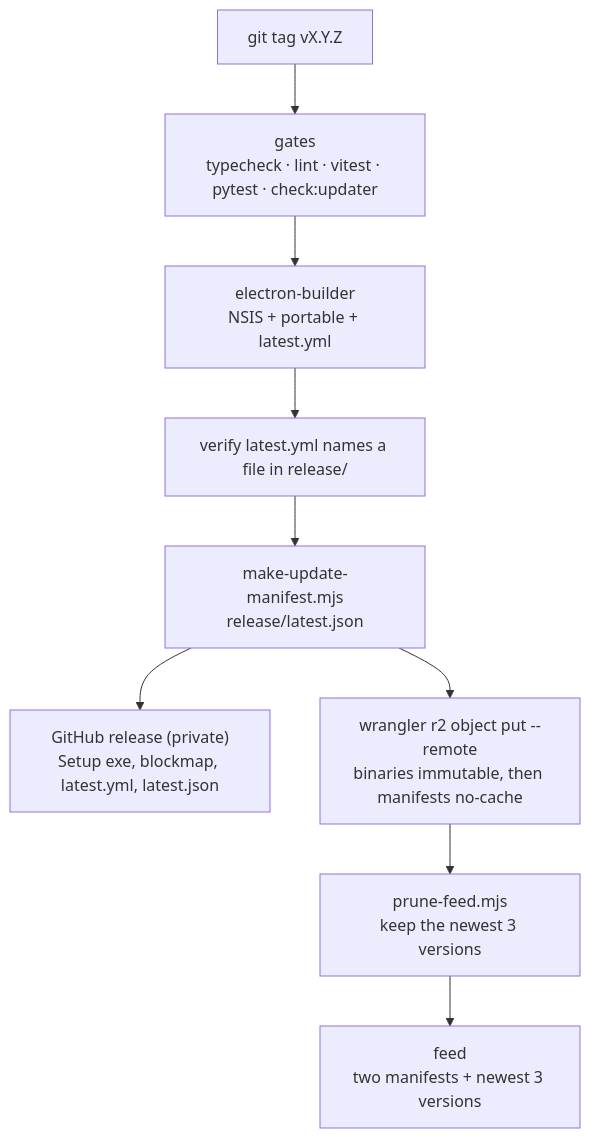
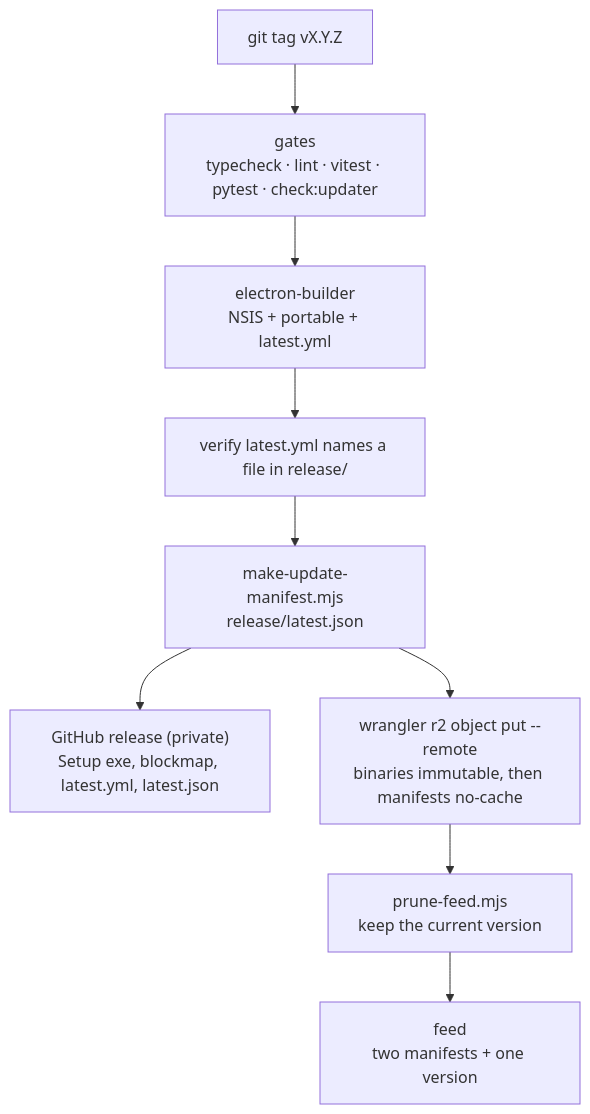
Before and after one commit to yassine808/RiotSwitcher: the first of 3 diagrams in docs/UPDATES.md, drawn with Mermaid. The commit also changed other lines of this file and 4 other files, not shown here.

Commit message:
chore: keep the feed on the current version only

````diff
--- a/docs/UPDATES.md
+++ b/docs/UPDATES.md
@@ -88,11 +85,11 @@
 ```mermaid
 flowchart TD
   T["git tag vX.Y.Z"] --> GATE["gates<br/>typecheck · lint · vitest · pytest · check:updater"]
   GATE --> PACK["electron-builder<br/>NSIS + portable + latest.yml"]
   PACK --> VERIFY["verify latest.yml names a file in release/"]
   VERIFY --> MAN["make-update-manifest.mjs<br/>release/latest.json"]
   MAN --> GH["GitHub release (private)<br/>Setup exe, blockmap, latest.yml, latest.json"]
   MAN --> R2["wrangler r2 object put --remote<br/>binaries immutable, then manifests no-cache"]
-  R2 --> PRUNE["prune-feed.mjs<br/>keep the newest 3 versions"]
-  PRUNE --> FEED["feed<br/>two manifests + newest 3 versions"]
+  R2 --> PRUNE["prune-feed.mjs<br/>keep the current version"]
+  PRUNE --> FEED["feed<br/>two manifests + one version"]
 ```
````
